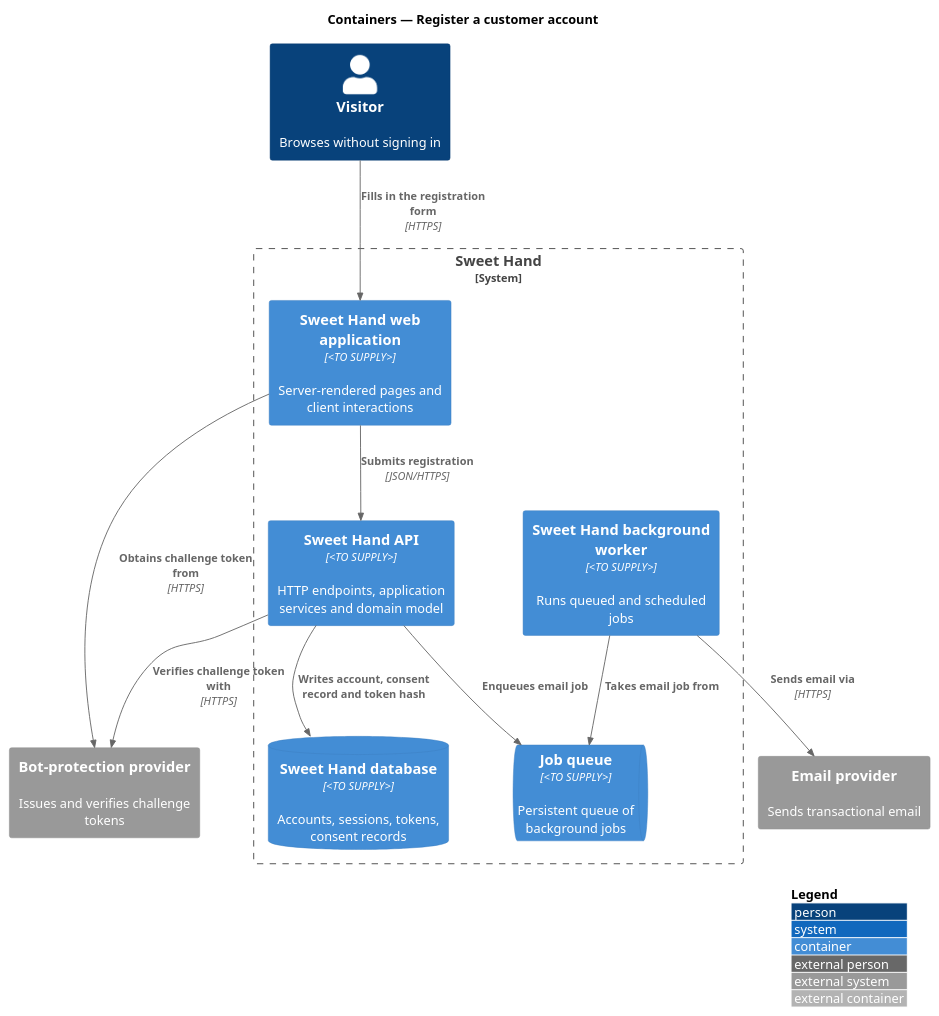
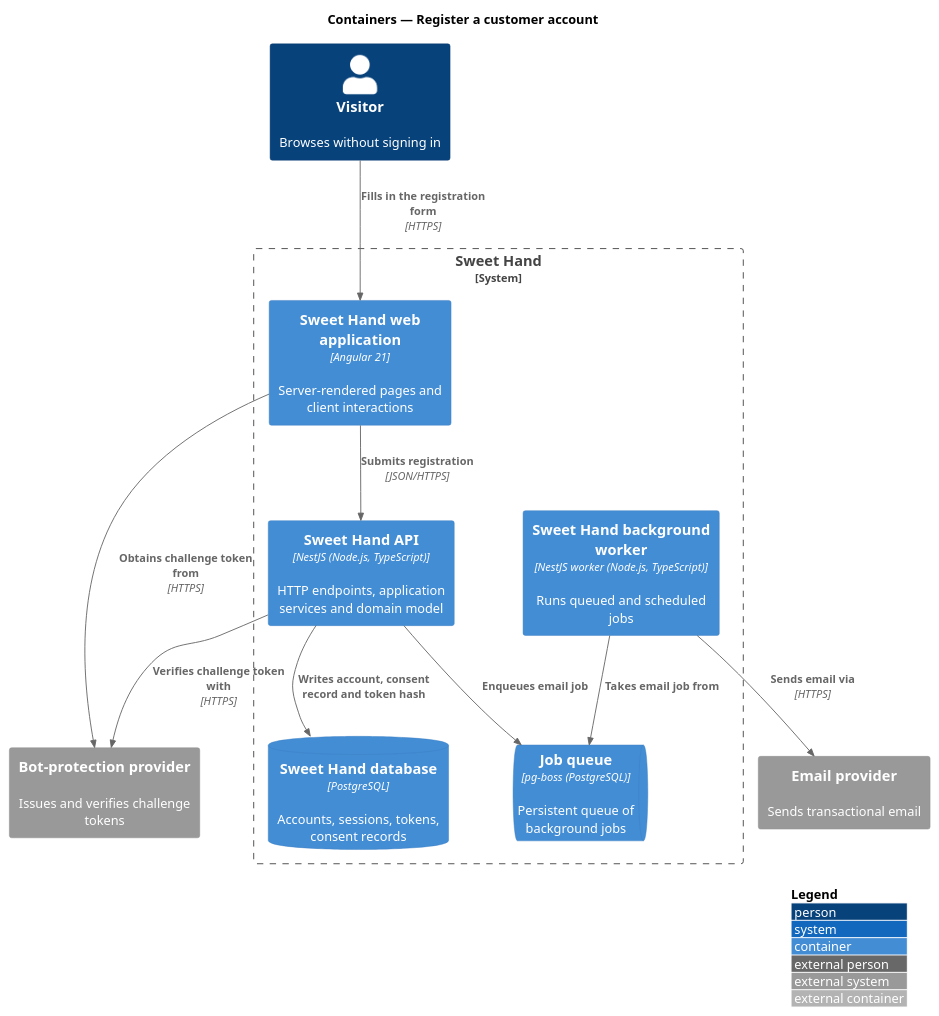
Before and after one commit to QuinntyneBrown/sweet-hand: the diagram in docs/detailed-designs/identity-and-security/register-customer/diagrams/c4-container.puml, drawn with PlantUML. The commit also changed 39 other files, not shown here.

```diff
--- a/docs/detailed-designs/identity-and-security/register-customer/diagrams/c4-container.puml
+++ b/docs/detailed-designs/identity-and-security/register-customer/diagrams/c4-container.puml
@@ -1,25 +1,25 @@
 @startuml
 !include <C4/C4_Container>
 LAYOUT_WITH_LEGEND()
 title Containers — Register a customer account
 
 Person(visitor, "Visitor", "Browses without signing in")
 System_Boundary(sweethand, "Sweet Hand") {
-  Container(web, "Sweet Hand web application", "<TO SUPPLY>", "Server-rendered pages and client interactions")
-  Container(api, "Sweet Hand API", "<TO SUPPLY>", "HTTP endpoints, application services and domain model")
-  ContainerDb(db, "Sweet Hand database", "<TO SUPPLY>", "Accounts, sessions, tokens, consent records")
-  ContainerQueue(queue, "Job queue", "<TO SUPPLY>", "Persistent queue of background jobs")
-  Container(worker, "Sweet Hand background worker", "<TO SUPPLY>", "Runs queued and scheduled jobs")
+  Container(web, "Sweet Hand web application", "Angular 21", "Server-rendered pages and client interactions")
+  Container(api, "Sweet Hand API", "NestJS (Node.js, TypeScript)", "HTTP endpoints, application services and domain model")
+  ContainerDb(db, "Sweet Hand database", "PostgreSQL", "Accounts, sessions, tokens, consent records")
+  ContainerQueue(queue, "Job queue", "pg-boss (PostgreSQL)", "Persistent queue of background jobs")
+  Container(worker, "Sweet Hand background worker", "NestJS worker (Node.js, TypeScript)", "Runs queued and scheduled jobs")
 }
 System_Ext(bot, "Bot-protection provider", "Issues and verifies challenge tokens")
 System_Ext(email, "Email provider", "Sends transactional email")
 
 Rel(visitor, web, "Fills in the registration form", "HTTPS")
 Rel(web, bot, "Obtains challenge token from", "HTTPS")
 Rel(web, api, "Submits registration", "JSON/HTTPS")
 Rel(api, bot, "Verifies challenge token with", "HTTPS")
 Rel(api, db, "Writes account, consent record and token hash")
 Rel(api, queue, "Enqueues email job")
 Rel(worker, queue, "Takes email job from")
 Rel(worker, email, "Sends email via", "HTTPS")
 @enduml
```
